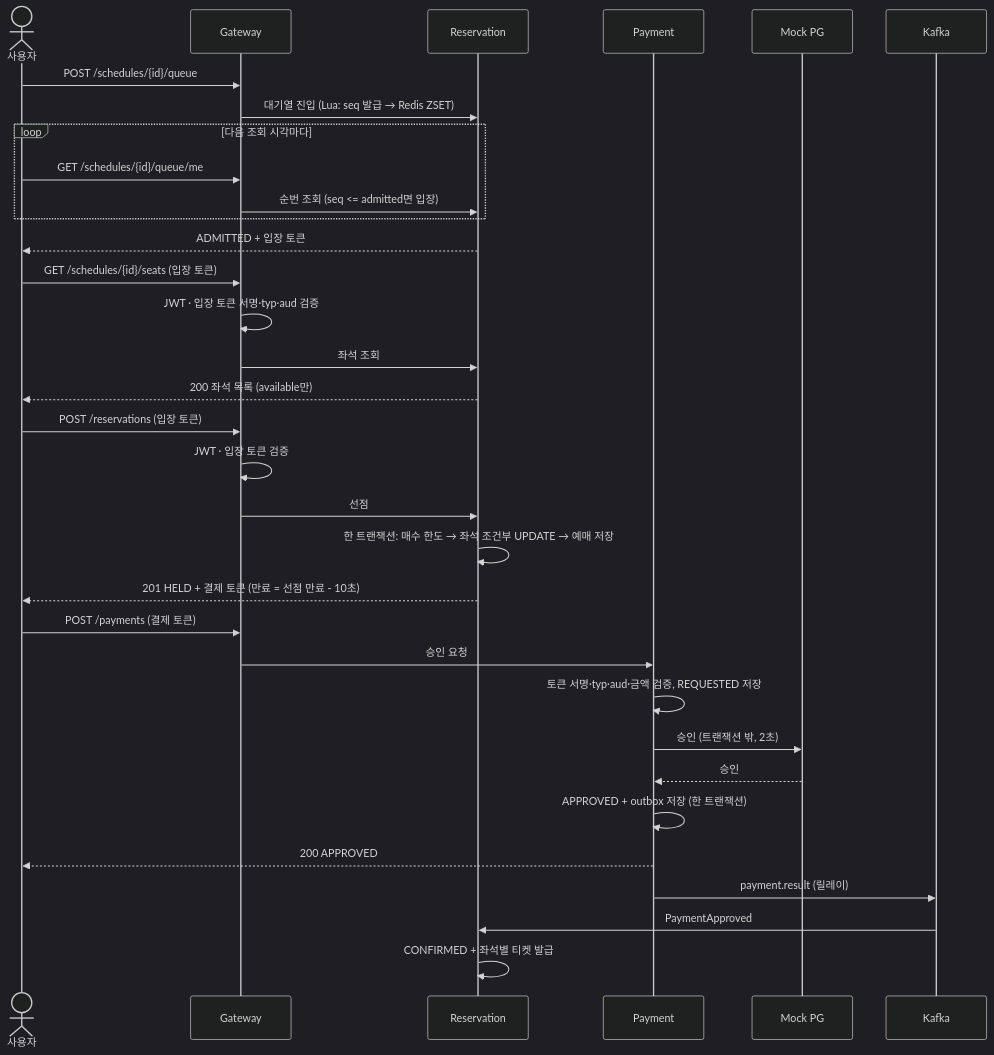
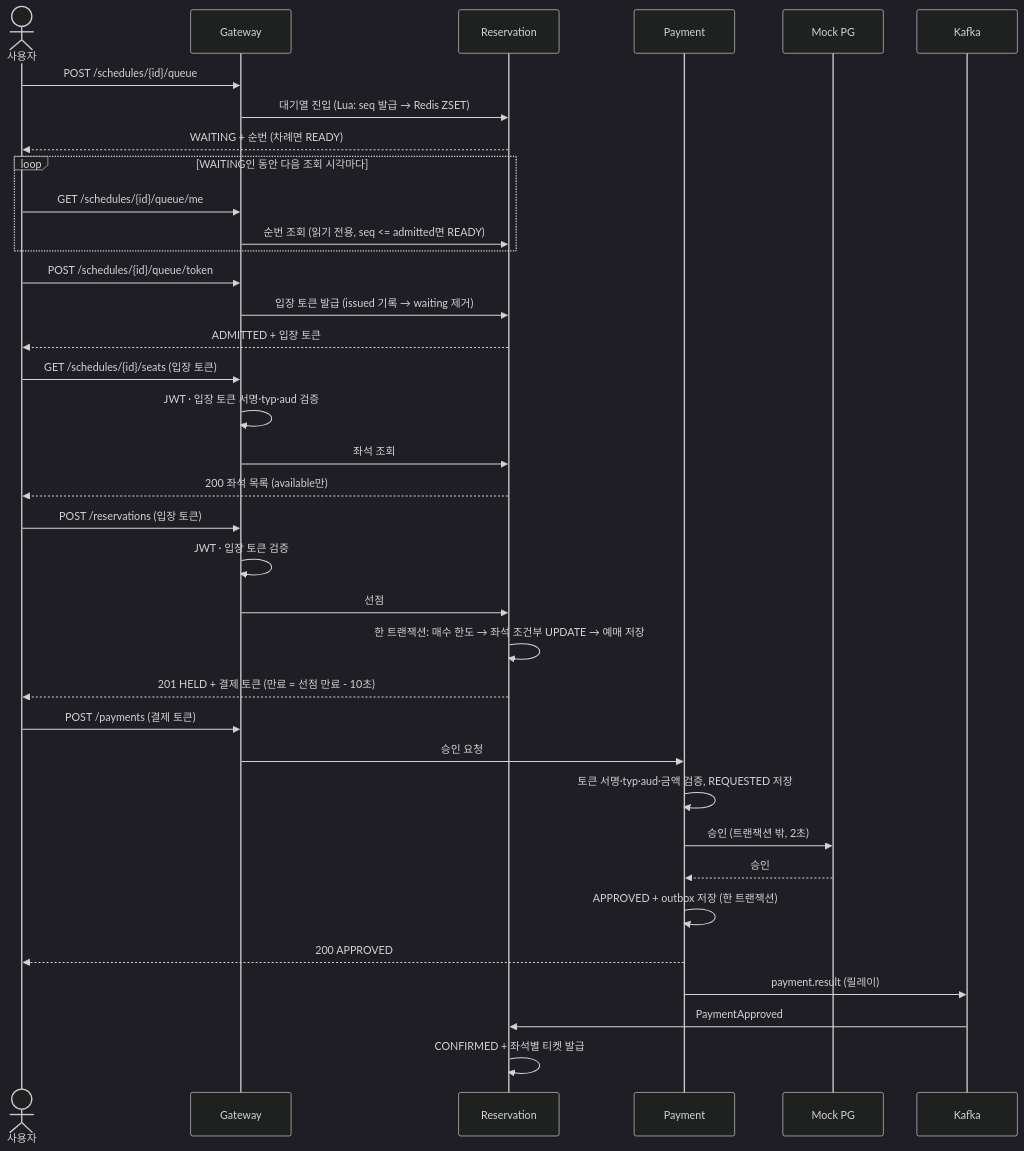
One commit to iseonjwa/high-quality-ticketing-system changed the third of 9 diagrams in docs/core/SA MASTER.md. Above: the diagram before and after it, drawn with Mermaid (dark theme). The commit also changed other lines of this file and 7 other files, not shown here.

Commit message:
docs(queue): 입장 토큰 API 분리와 READY 상태 제안 (ADR 0031)

````diff
--- a/docs/core/SA MASTER.md
+++ b/docs/core/SA MASTER.md
@@ -543,35 +552,38 @@
 ```mermaid
 sequenceDiagram
   actor U as 사용자
   participant GW as Gateway
   participant RS as Reservation
   participant PS as Payment
   participant PG as Mock PG
   participant K as Kafka
   U->>GW: POST /schedules/{id}/queue
   GW->>RS: 대기열 진입 (Lua: seq 발급 → Redis ZSET)
-  loop 다음 조회 시각마다
+  RS-->>U: WAITING + 순번 (차례면 READY)
+  loop WAITING인 동안 다음 조회 시각마다
     U->>GW: GET /schedules/{id}/queue/me
-    GW->>RS: 순번 조회 (seq <= admitted면 입장)
+    GW->>RS: 순번 조회 (읽기 전용, seq <= admitted면 READY)
   end
+  U->>GW: POST /schedules/{id}/queue/token
+  GW->>RS: 입장 토큰 발급 (issued 기록 → waiting 제거)
   RS-->>U: ADMITTED + 입장 토큰
   U->>GW: GET /schedules/{id}/seats (입장 토큰)
   GW->>GW: JWT · 입장 토큰 서명·typ·aud 검증
   GW->>RS: 좌석 조회
   RS-->>U: 200 좌석 목록 (available만)
   U->>GW: POST /reservations (입장 토큰)
   GW->>GW: JWT · 입장 토큰 검증
   GW->>RS: 선점
   RS->>RS: 한 트랜잭션: 매수 한도 → 좌석 조건부 UPDATE → 예매 저장
   RS-->>U: 201 HELD + 결제 토큰 (만료 = 선점 만료 - 10초)
   U->>GW: POST /payments (결제 토큰)
   GW->>PS: 승인 요청
   PS->>PS: 토큰 서명·typ·aud·금액 검증, REQUESTED 저장
   PS->>PG: 승인 (트랜잭션 밖, 2초)
   PG-->>PS: 승인
   PS->>PS: APPROVED + outbox 저장 (한 트랜잭션)
   PS-->>U: 200 APPROVED
   PS->>K: payment.result (릴레이)
   K->>RS: PaymentApproved
   RS->>RS: CONFIRMED + 좌석별 티켓 발급
 ```
````
